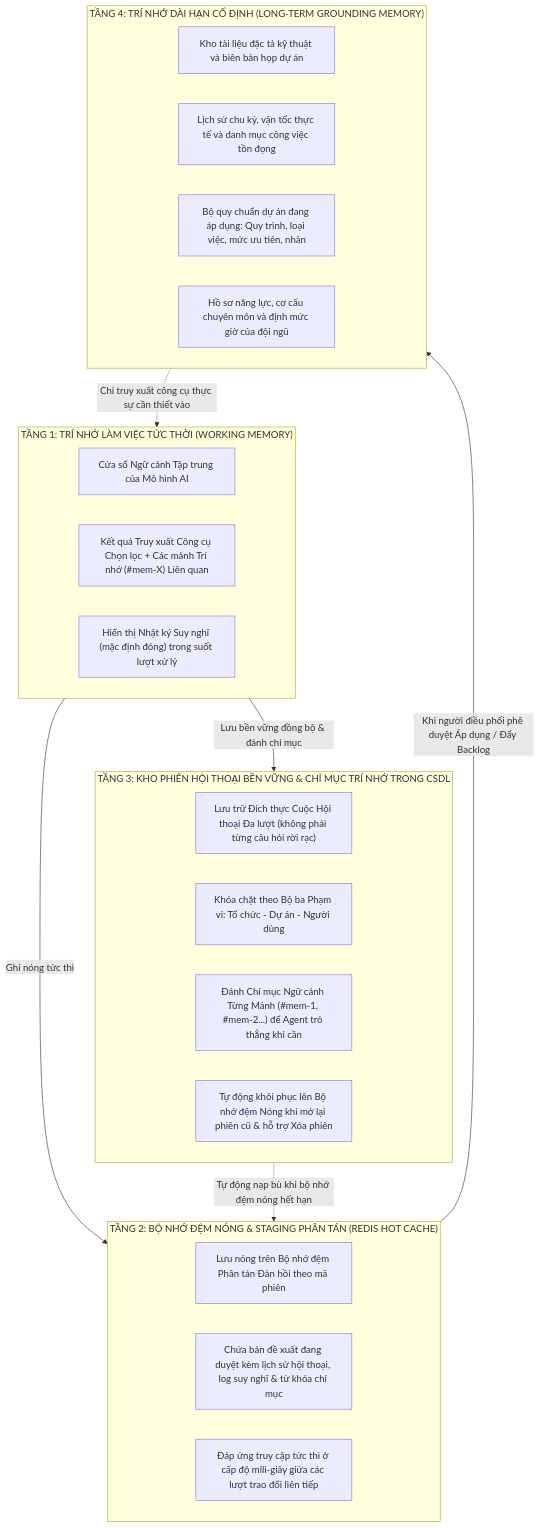
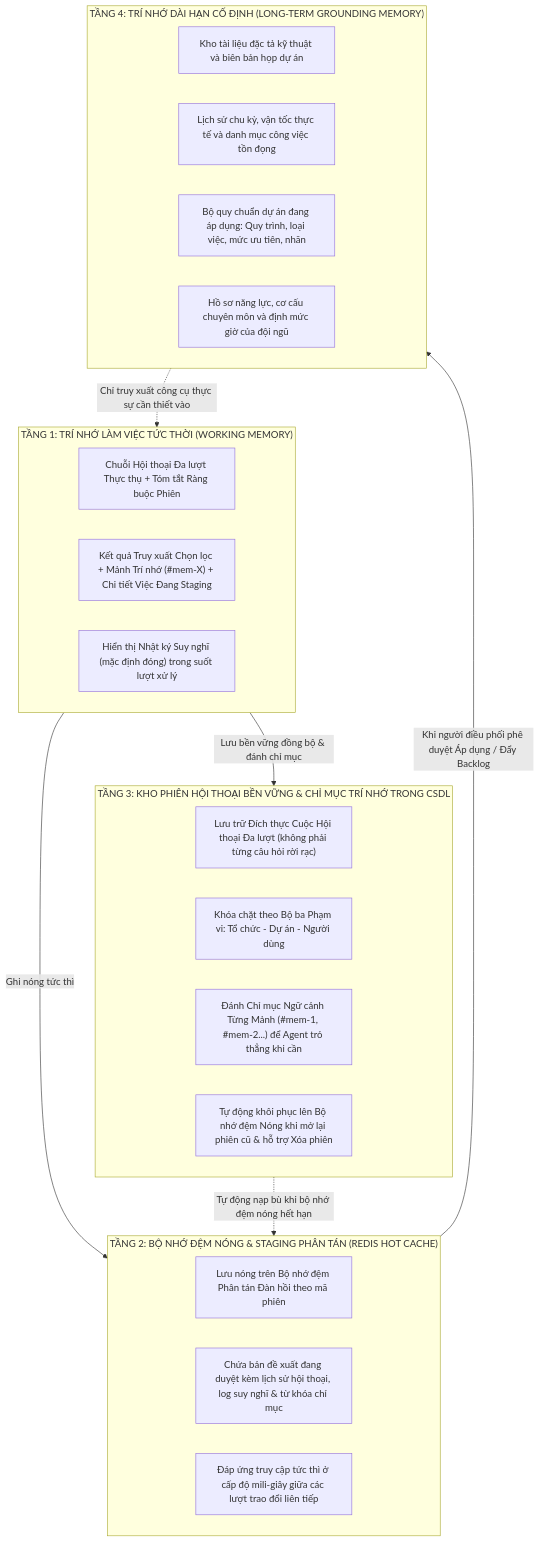
The first of 2 diagrams in docs/ai/03-co-che-tri-nho-redis-memory.md (TranHoang2k40525/ProjectMgmt), drawn with Mermaid before and after one commit. The commit also changed other lines of this file and 10 other files, not shown here.

Commit message:
feat(ai): bám sát mạch hội thoại đa lượt và nâng cao hiểu ngữ cảnh phiên

````diff
--- a/docs/ai/03-co-che-tri-nho-redis-memory.md
+++ b/docs/ai/03-co-che-tri-nho-redis-memory.md
@@ -10,34 +10,34 @@
 ```mermaid
 flowchart TD
     subgraph T1["TẦNG 1: TRÍ NHỚ LÀM VIỆC TỨC THỜI (WORKING MEMORY)"]
-        WM1["Cửa sổ Ngữ cảnh Tập trung của Mô hình AI"]
-        WM2["Kết quả Truy xuất Công cụ Chọn lọc + Các mảnh Trí nhớ (#mem-X) Liên quan"]
+        WM1["Chuỗi Hội thoại Đa lượt Thực thụ + Tóm tắt Ràng buộc Phiên"]
+        WM2["Kết quả Truy xuất Chọn lọc + Mảnh Trí nhớ (#mem-X) + Chi tiết Việc Đang Staging"]
         WM3["Hiển thị Nhật ký Suy nghĩ (mặc định đóng) trong suốt lượt xử lý"]
     end
 
     subgraph T2["TẦNG 2: BỘ NHỚ ĐỆM NÓNG & STAGING PHÂN TÁN (REDIS HOT CACHE)"]
         SM1["Lưu nóng trên Bộ nhớ đệm Phân tán Đàn hồi theo mã phiên"]
         SM2["Chứa bản đề xuất đang duyệt kèm lịch sử hội thoại, log suy nghĩ & từ khóa chỉ mục"]
         SM3["Đáp ứng truy cập tức thì ở cấp độ mili-giây giữa các lượt trao đổi liên tiếp"]
     end
 
     subgraph T3["TẦNG 3: KHO PHIÊN HỘI THOẠI BỀN VỮNG & CHỈ MỤC TRÍ NHỚ TRONG CSDL"]
         PM1["Lưu trữ Đích thực Cuộc Hội thoại Đa lượt (không phải từng câu hỏi rời rạc)"]
         PM2["Khóa chặt theo Bộ ba Phạm vi: Tổ chức - Dự án - Người dùng"]
         PM3["Đánh Chỉ mục Ngữ cảnh Từng Mảnh (#mem-1, #mem-2...) để Agent trỏ thẳng khi cần"]
         PM4["Tự động khôi phục lên Bộ nhớ đệm Nóng khi mở lại phiên cũ & hỗ trợ Xóa phiên"]
     end
 
     subgraph T4["TẦNG 4: TRÍ NHỚ DÀI HẠN CỐ ĐỊNH (LONG-TERM GROUNDING MEMORY)"]
         LM1["Kho tài liệu đặc tả kỹ thuật và biên bản họp dự án"]
         LM2["Lịch sử chu kỳ, vận tốc thực tế và danh mục công việc tồn đọng"]
         LM3["Bộ quy chuẩn dự án đang áp dụng: Quy trình, loại việc, mức ưu tiên, nhãn"]
         LM4["Hồ sơ năng lực, cơ cấu chuyên môn và định mức giờ của đội ngũ"]
     end
 
     T1 -->|Ghi nóng tức thì| T2
     T1 -->|Lưu bền vững đồng bộ & đánh chỉ mục| T3
     T3 -.->|Tự động nạp bù khi bộ nhớ đệm nóng hết hạn| T2
     T2 -->|Khi người điều phối phê duyệt Áp dụng / Đẩy Backlog| T4
     T4 -.->|Chỉ truy xuất công cụ thực sự cần thiết vào| T1
 ```
````
